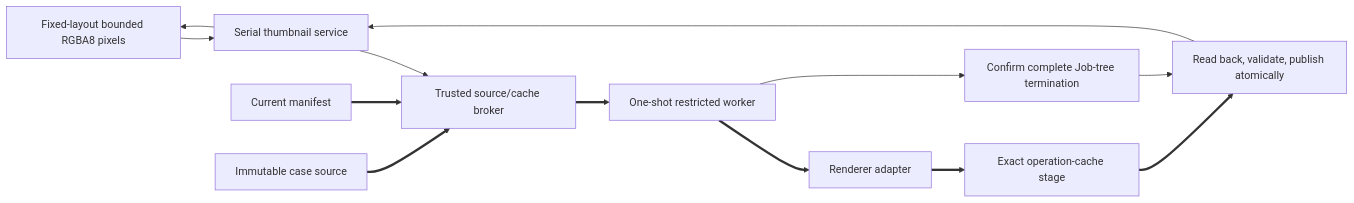
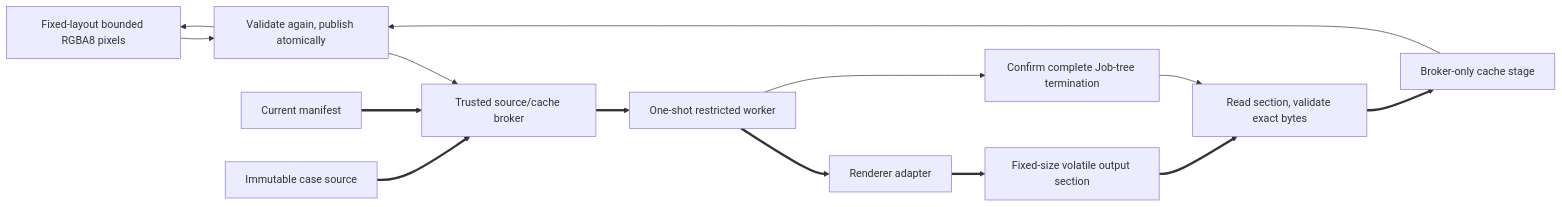
One commit to PikkuJanne/PaperWorkShell changed the fifth of 9 diagrams in docs/security/data-flows.md. Above: the diagram before and after it, drawn with Mermaid. The commit also changed other lines of this file and 24 other files, not shown here.

````diff
--- a/docs/security/data-flows.md
+++ b/docs/security/data-flows.md
@@ -246,15 +250,16 @@
 ```mermaid
 flowchart LR
     UI["UI requests internal page ID"] --> App["Serial thumbnail service"]
     App --> Broker["Trusted source/cache broker"]
     Manifest["Current manifest"] ==> Broker
     Source["Immutable case source"] ==> Broker
     Broker ==> Worker["One-shot restricted worker"]
     Worker ==> Renderer["Renderer adapter"]
-    Renderer ==> Stage["Exact operation-cache stage"]
+    Renderer ==> Buffer["Fixed-size volatile output section"]
     Worker --> Stop["Confirm complete Job-tree termination"]
-    Stop --> Validate["Read back, validate, publish atomically"]
-    Stage ==> Validate
-    Validate --> App
+    Stop --> Validate["Read section, validate exact bytes"]
+    Buffer ==> Validate
+    Validate ==> Stage["Broker-only cache stage"]
+    Stage --> App["Validate again, publish atomically"]
     App --> UI["Fixed-layout bounded RGBA8 pixels"]
 ```
````
